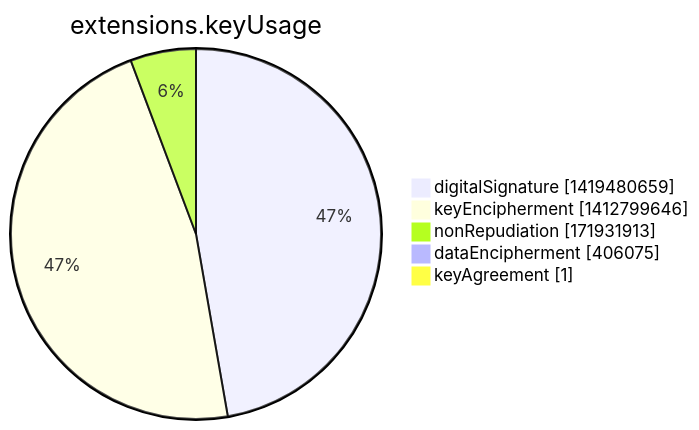
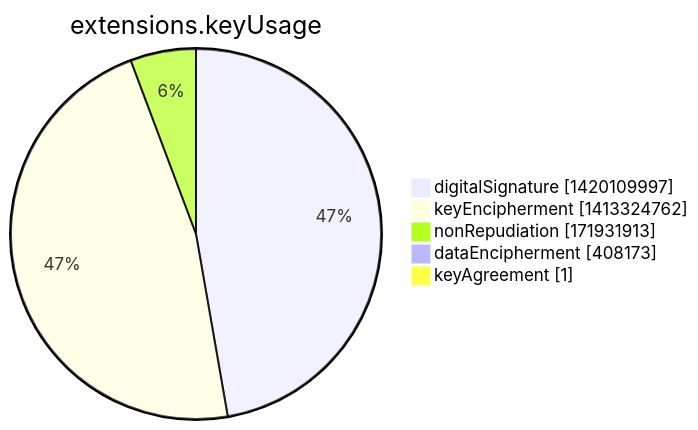
The seventh of 15 diagrams in argon2022/README.md (christiankrug/ctmonitor_visualization), drawn with Mermaid before and after one commit. The commit also changed other lines of this file, not shown here.

````diff
--- a/argon2022/README.md
+++ b/argon2022/README.md
@@ -2751,9 +2751,9 @@
 ```mermaid
 pie showData
 title extensions.keyUsage
-"digitalSignature" :1419480659
-"keyEncipherment" :1412799646
+"digitalSignature" :1420109997
+"keyEncipherment" :1413324762
 "nonRepudiation" :171931913
-"dataEncipherment" :406075
+"dataEncipherment" :408173
 "keyAgreement" :1
 ```
````
